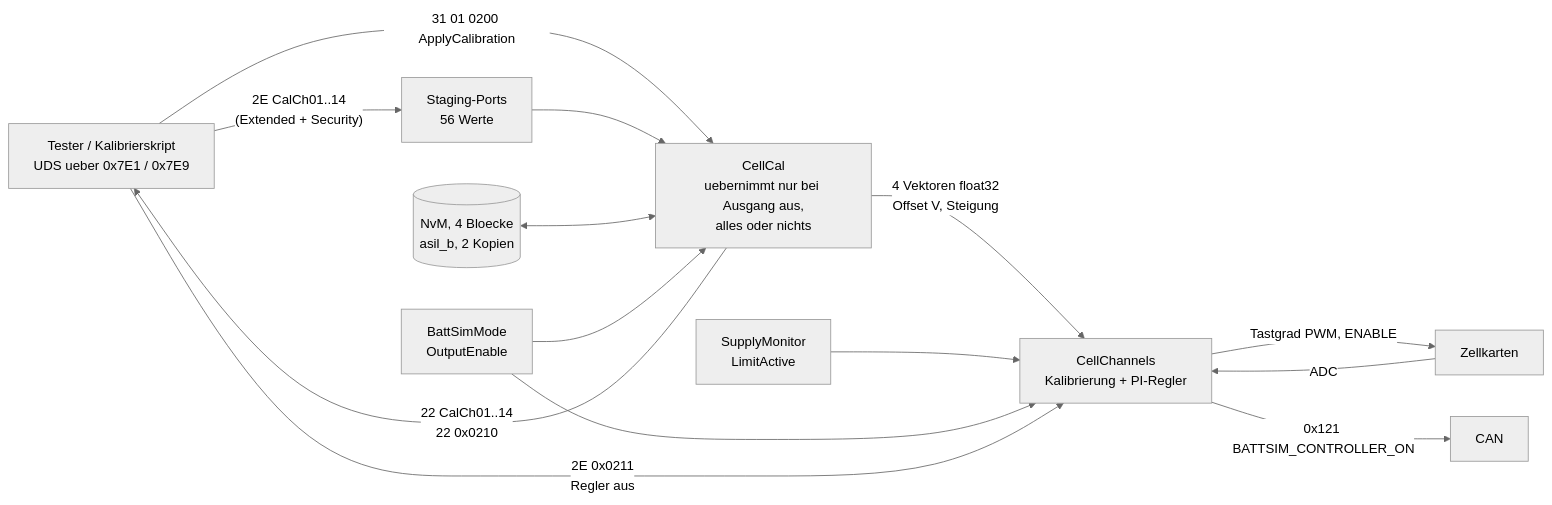
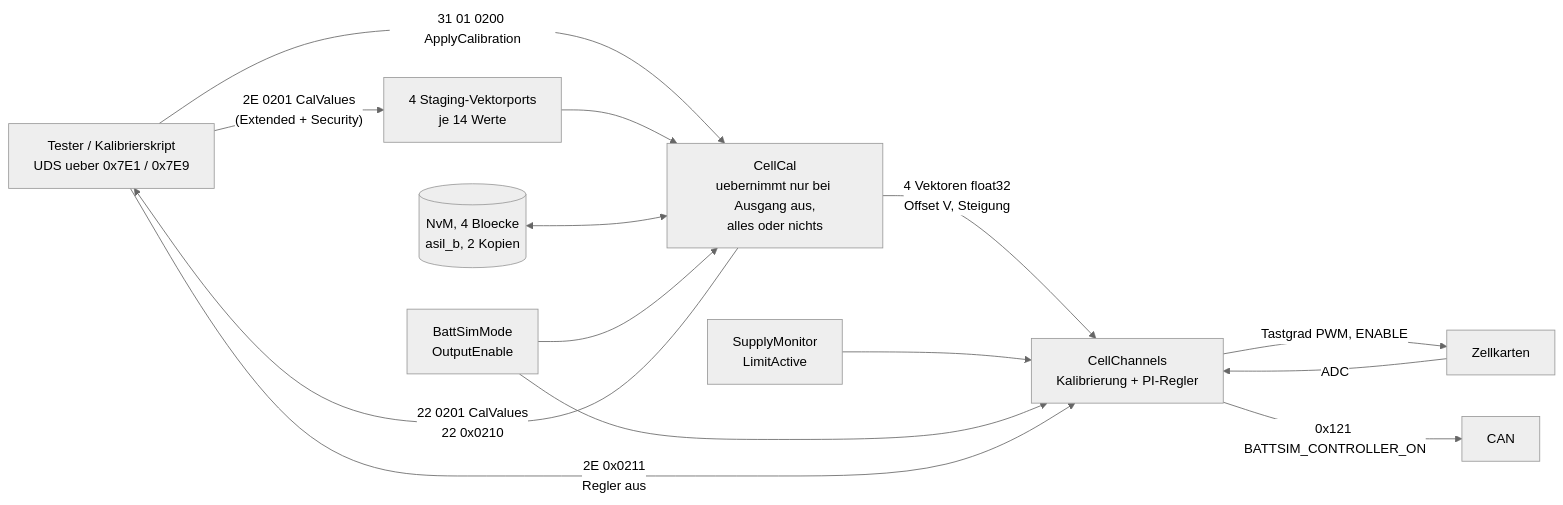
Before and after one commit to danielsimonreinhardt/BatterySimulator: the diagram in doc/stufe-c-kalibrierung-regler.md, drawn with Mermaid (neutral theme). The commit also changed other lines of this file and 17 other files, not shown here.

First line of the commit message:
Version 0.4.0: Kalibrierung als Feld an Vektorports (RTE-57), CellCal.OutputEnable (RTE-49)

````diff
--- a/doc/stufe-c-kalibrierung-regler.md
+++ b/doc/stufe-c-kalibrierung-regler.md
@@ -10,16 +10,16 @@
 ```mermaid
 flowchart LR
-    T["Tester / Kalibrierskript<br/>UDS ueber 0x7E1 / 0x7E9"] -->|"2E CalCh01..14<br/>(Extended + Security)"| ST["Staging-Ports<br/>56 Werte"]
+    T["Tester / Kalibrierskript<br/>UDS ueber 0x7E1 / 0x7E9"] -->|"2E 0201 CalValues<br/>(Extended + Security)"| ST["4 Staging-Vektorports<br/>je 14 Werte"]
     T -->|"31 01 0200 ApplyCalibration"| CAL
     ST --> CAL["CellCal<br/>uebernimmt nur bei Ausgang aus,<br/>alles oder nichts"]
     NV[("NvM, 4 Bloecke<br/>asil_b, 2 Kopien")] <--> CAL
     CAL -->|"4 Vektoren float32<br/>Offset V, Steigung"| CH["CellChannels<br/>Kalibrierung + PI-Regler"]
-    CAL -->|"22 CalCh01..14<br/>22 0x0210"| T
+    CAL -->|"22 0201 CalValues<br/>22 0x0210"| T
     SUP["SupplyMonitor<br/>LimitActive"] --> CH
     MODE["BattSimMode<br/>OutputEnable"] --> CAL
     MODE --> CH
     T -->|"2E 0x0211<br/>Regler aus"| CH
     CH -->|"Tastgrad PWM, ENABLE"| HW["Zellkarten"]
     HW -->|"ADC"| CH
     CH -->|"0x121 BATTSIM_CONTROLLER_ON"| CAN["CAN"]
 ```
````
